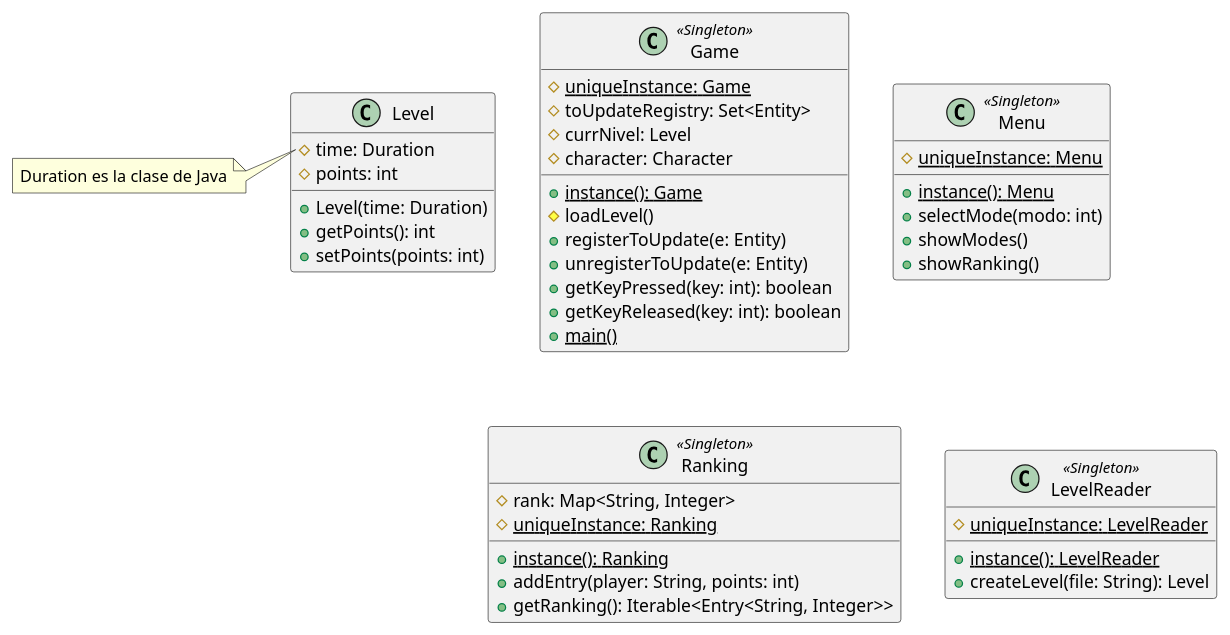
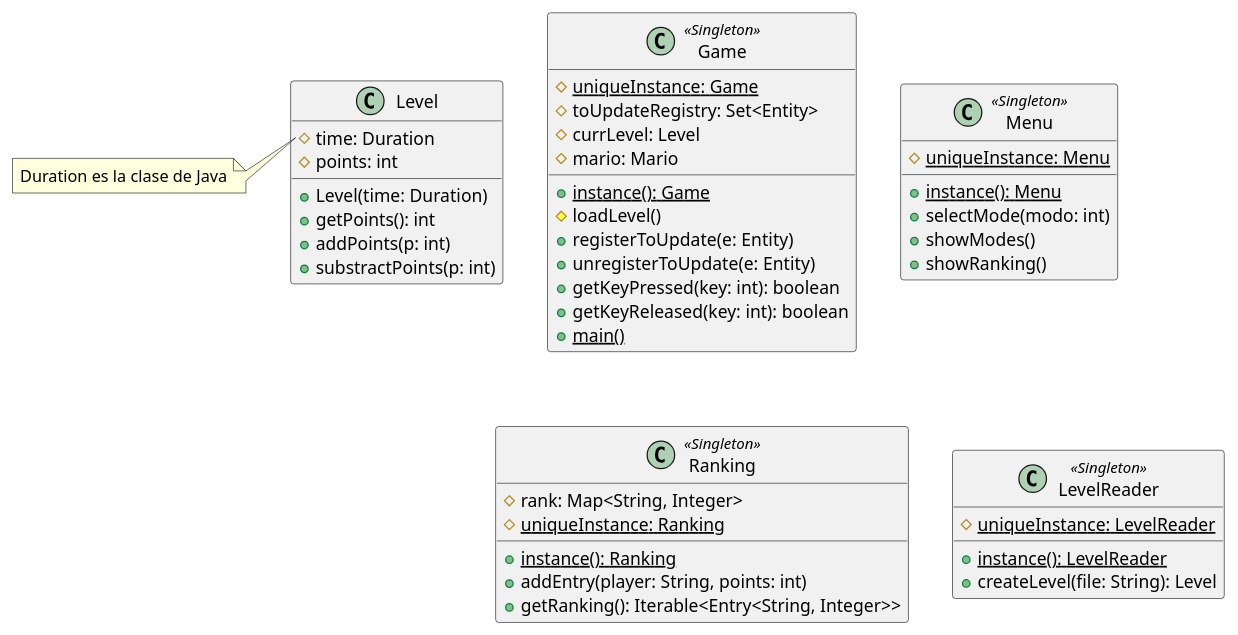
The diagram in Diagramas/diagramas/diagrama-extendido-game.puml (giuli635/SuperMarioBros), drawn with PlantUML before and after one commit. The commit also changed 21 other files, not shown here.

```diff
--- a/Diagramas/diagramas/diagrama-extendido-game.puml
+++ b/Diagramas/diagramas/diagrama-extendido-game.puml
@@ -1,49 +1,50 @@
 @startuml
 class Game <<Singleton>> {
     #{static} uniqueInstance: Game
     #toUpdateRegistry: Set<Entity>
-    #currNivel: Level
-    #character: Character
+    #currLevel: Level
+    #mario: Mario
     +{static} instance(): Game
     #loadLevel()
     +registerToUpdate(e: Entity)
     +unregisterToUpdate(e: Entity)
     +getKeyPressed(key: int): boolean
     +getKeyReleased(key: int): boolean
     +{static} main()
 }
 
 class Level{
     #time: Duration
     #points: int
     +Level(time: Duration)
     +getPoints(): int
-    +setPoints(points: int)
+    +addPoints(p: int)
+    +substractPoints(p: int)
 }
 note left of Level::time
 Duration es la clase de Java
 end note
 
 class Menu <<Singleton>> {
     #{static} uniqueInstance: Menu
     +{static} instance(): Menu
     +selectMode(modo: int)
     +showModes()
     +showRanking()
     ' TODO: implementar la UI del menu
 }
 
 class Ranking <<Singleton>> {
     #rank: Map<String, Integer>
     #{static} uniqueInstance: Ranking
     +{static} instance(): Ranking
     +addEntry(player: String, points: int)
     +getRanking(): Iterable<Entry<String, Integer>>
 }
 
 class LevelReader <<Singleton>> {
     #{static} uniqueInstance: LevelReader
     +{static} instance(): LevelReader
     +createLevel(file: String): Level
 }
 @enduml
```
